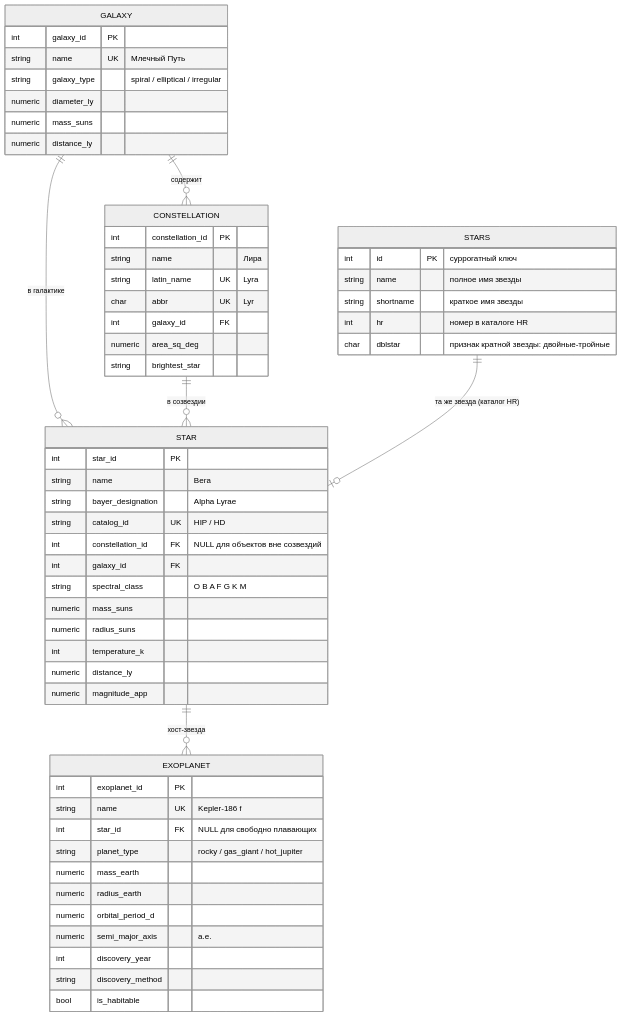
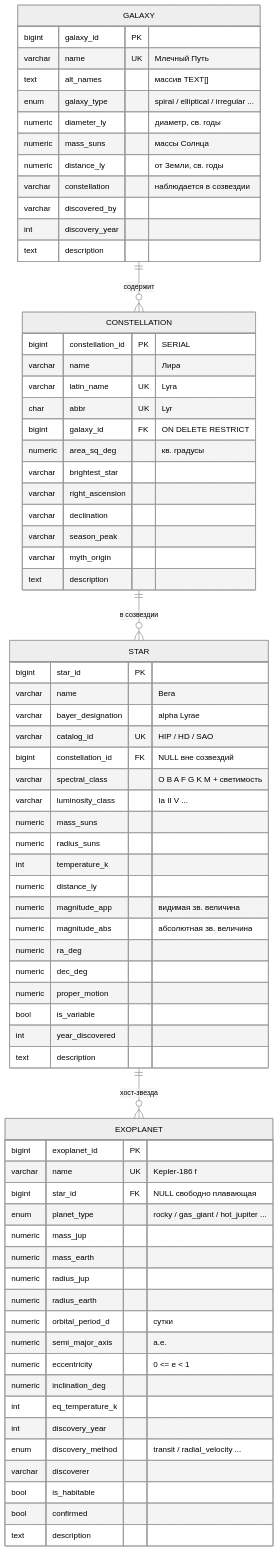
Before and after one commit to akalend/sql2text: the diagram in README.md, drawn with Mermaid (neutral theme). The commit also changed other lines of this file, not shown here.

Commit message:
README: rebuild ER diagram from current main schema (galaxy, constellation, star, exoplanet)

````diff
--- a/README.md
+++ b/README.md
@@ -23,64 +23,79 @@
 ```mermaid
 erDiagram
     GALAXY        ||--o{ CONSTELLATION : "содержит"
-    GALAXY        ||--o{ STAR           : "в галактике"
-    CONSTELLATION ||--o{ STAR           : "в созвездии"
-    STAR          ||--o{ EXOPLANET      : "хост-звезда"
-    STARS         ||--o| STAR           : "та же звезда (каталог HR)"
-
-    STARS {
-        int     id PK "суррогатный ключ"
-        string  name "полное имя звезды"
-        string  shortname "краткое имя звезды"
-        int     hr "номер в каталоге HR"
-        char    dblstar "признак кратной звезды: двойные-тройные"
-    }
+    CONSTELLATION ||--o{ STAR          : "в созвездии"
+    STAR          ||--o{ EXOPLANET     : "хост-звезда"
 
     GALAXY {
-        int     galaxy_id PK
-        string  name UK "Млечный Путь"
-        string  galaxy_type "spiral / elliptical / irregular"
-        numeric diameter_ly
-        numeric mass_suns
-        numeric distance_ly
+        bigint  galaxy_id PK
+        varchar name UK "Млечный Путь"
+        text    alt_names "массив TEXT[]"
+        enum    galaxy_type "spiral / elliptical / irregular ..."
+        numeric diameter_ly "диаметр, св. годы"
+        numeric mass_suns "массы Солнца"
+        numeric distance_ly "от Земли, св. годы"
+        varchar constellation "наблюдается в созвездии"
+        varchar discovered_by
+        int     discovery_year
+        text    description
     }
 
     CONSTELLATION {
-        int     constellation_id PK
-        string  name "Лира"
-        string  latin_name UK "Lyra"
+        bigint  constellation_id PK "SERIAL"
+        varchar name "Лира"
+        varchar latin_name UK "Lyra"
         char    abbr UK "Lyr"
-        int     galaxy_id FK
-        numeric area_sq_deg
-        string  brightest_star
+        bigint  galaxy_id FK "ON DELETE RESTRICT"
+        numeric area_sq_deg "кв. градусы"
+        varchar brightest_star
+        varchar right_ascension
+        varchar declination
+        varchar season_peak
+        varchar myth_origin
+        text    description
     }
 
     STAR {
-        int     star_id PK
-        string  name "Вега"
-        string  bayer_designation "Alpha Lyrae"
-        string  catalog_id UK "HIP / HD"
-        int     constellation_id FK "NULL для объектов вне созвездий"
-        int     galaxy_id FK
-        string  spectral_class "O B A F G K M"
+        bigint  star_id PK
+        varchar name "Вега"
+        varchar bayer_designation "alpha Lyrae"
+        varchar catalog_id UK "HIP / HD / SAO"
+        bigint  constellation_id FK "NULL вне созвездий"
+        varchar spectral_class "O B A F G K M + светимость"
+        varchar luminosity_class "Ia II V ..."
         numeric mass_suns
         numeric radius_suns
         int     temperature_k
         numeric distance_ly
-        numeric magnitude_app
+        numeric magnitude_app "видимая зв. величина"
+        numeric magnitude_abs "абсолютная зв. величина"
+        numeric ra_deg
+        numeric dec_deg
+        numeric proper_motion
+        bool    is_variable
+        int     year_discovered
+        text    description
     }
 
     EXOPLANET {
-        int     exoplanet_id PK
-        string  name UK "Kepler-186 f"
-        int     star_id FK "NULL для свободно плавающих"
-        string  planet_type "rocky / gas_giant / hot_jupiter"
+        bigint  exoplanet_id PK
+        varchar name UK "Kepler-186 f"
+        bigint  star_id FK "NULL свободно плавающая"
+        enum    planet_type "rocky / gas_giant / hot_jupiter ..."
+        numeric mass_jup
         numeric mass_earth
+        numeric radius_jup
         numeric radius_earth
-        numeric orbital_period_d
+        numeric orbital_period_d "сутки"
         numeric semi_major_axis "а.е."
+        numeric eccentricity "0 <= e < 1"
+        numeric inclination_deg
+        int     eq_temperature_k
         int     discovery_year
-        string  discovery_method
+        enum    discovery_method "transit / radial_velocity ..."
+        varchar discoverer
         bool    is_habitable
+        bool    confirmed
+        text    description
     }
 ```
````
